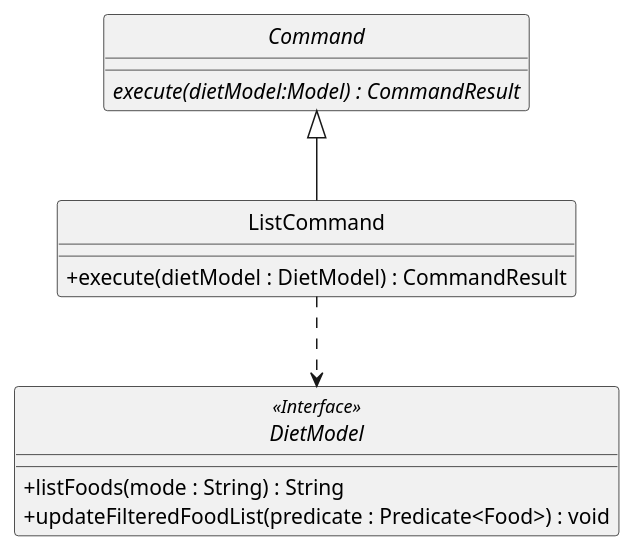
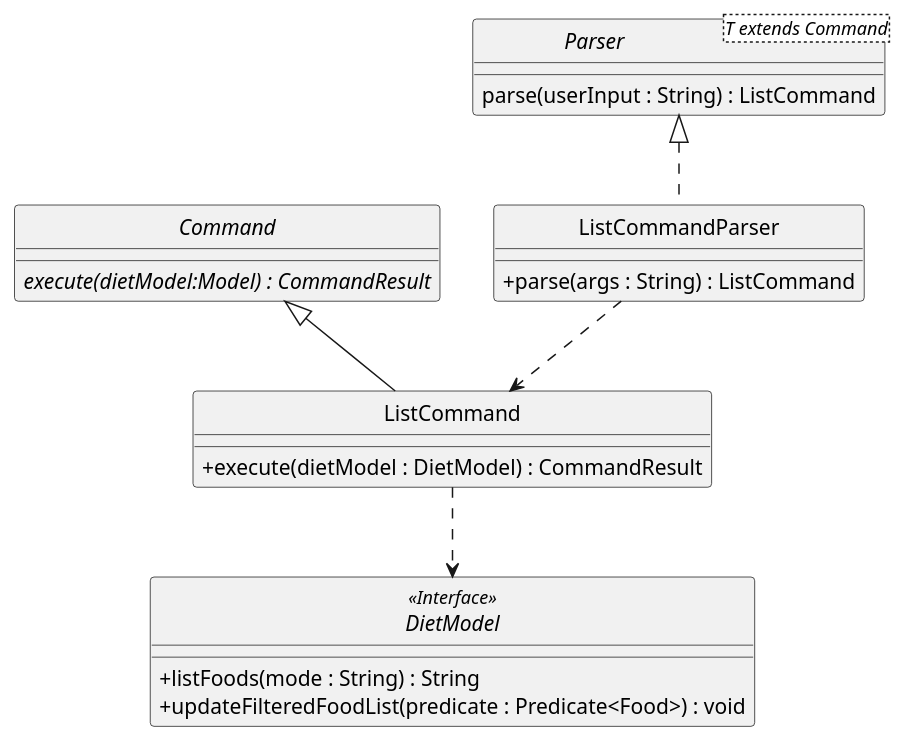
Before and after one commit to nus-cs2103-AY1920S2/addressbook-level3: the diagram in docs/diagrams/DietTrackerListCommandClassDiagram.puml, drawn with PlantUML. The commit also changed 5 other files, not shown here.

Commit message:
Add class diagrams to DG

```diff
--- a/docs/diagrams/DietTrackerListCommandClassDiagram.puml
+++ b/docs/diagrams/DietTrackerListCommandClassDiagram.puml
@@ -1,36 +1,45 @@
 @startuml
 /' @author @akhilvuputuri'/
 /' Got inspiration and adapted
 from https://github.com/AY1920S2-CS2103T-W12-1/main/blob/master/docs/images/DeliveredClassDiagram.png '/
 
 skinparam backgroundColor #ffffff
 skinparam classAttributeIconSize 0
 hide circle
 
+
+class ListCommandParser implements Parser {
+    /' Methods '/
+    + parse(args : String) : ListCommand
+}
+
+interface Parser<T extends Command> {
+    parse(userInput : String) : ListCommand
+}
 
 abstract class Command {
     {abstract} execute(dietModel:Model) : CommandResult
 }
 
 class ListCommand extends Command {
     /' Fields '/
 
     /' Methods '/
     + execute(dietModel : DietModel) : CommandResult
 
 }
 
 interface DietModel <<Interface>> {
 
     + listFoods(mode : String) : String
     + updateFilteredFoodList(predicate : Predicate<Food>) : void
 
 }
 
 
 
-
+ListCommandParser ..> ListCommand
 ListCommand ..> DietModel
 
 
 @enduml
```
